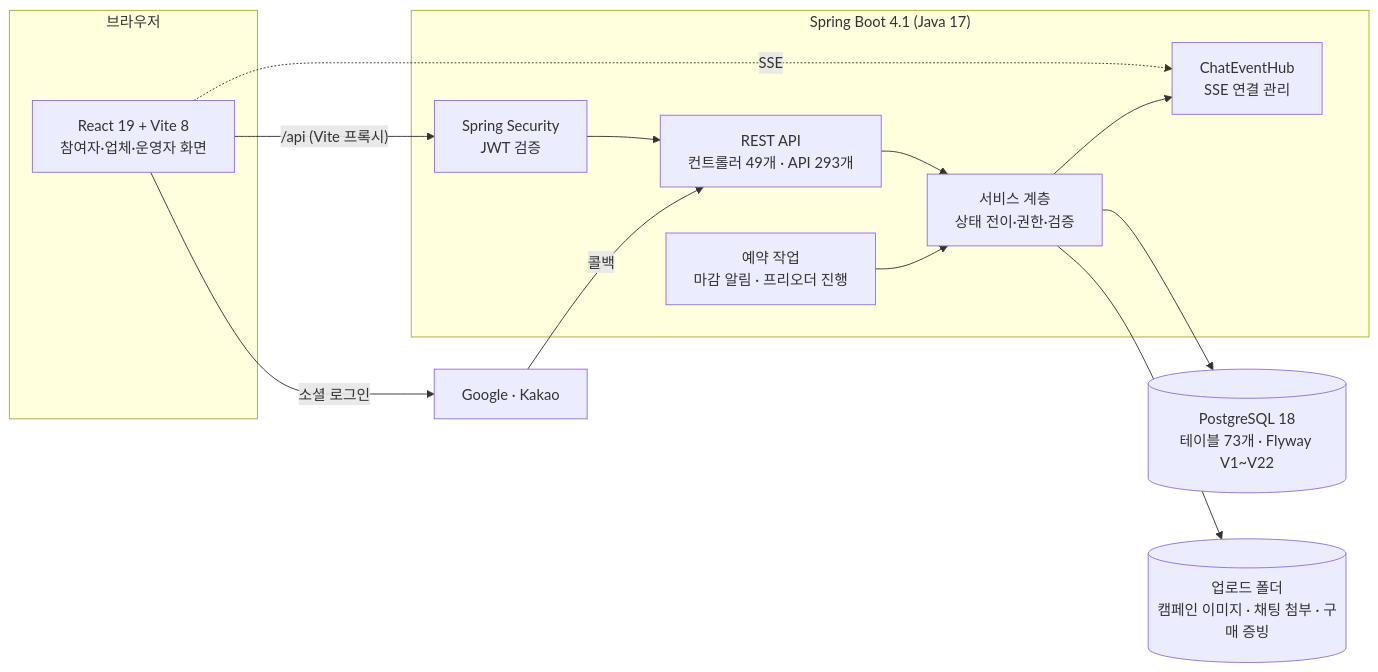
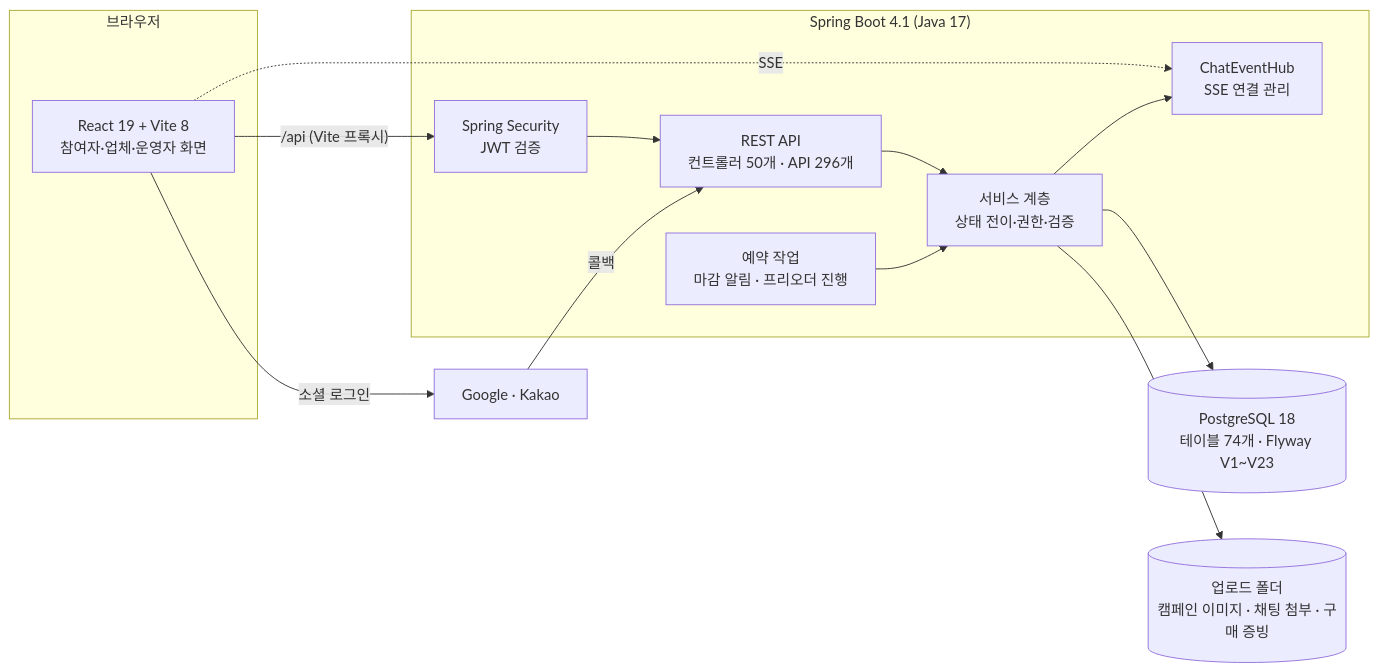
One commit to yoo-jin-k/movrit-backend changed the first of 2 diagrams in docs/portfolio/architecture.md. Above: the diagram before and after it, drawn with Mermaid. The commit also changed other lines of this file and 26 other files, not shown here.

````diff
--- a/docs/portfolio/architecture.md
+++ b/docs/portfolio/architecture.md
@@ -8,23 +8,23 @@
 ```mermaid
 flowchart LR
   subgraph Browser["브라우저"]
     FE["React 19 + Vite 8<br/>참여자·업체·운영자 화면"]
   end
   subgraph Server["Spring Boot 4.1 (Java 17)"]
     SEC["Spring Security<br/>JWT 검증"]
-    API["REST API<br/>컨트롤러 49개 · API 293개"]
+    API["REST API<br/>컨트롤러 50개 · API 296개"]
     SVC["서비스 계층<br/>상태 전이·권한·검증"]
     HUB["ChatEventHub<br/>SSE 연결 관리"]
     SCH["예약 작업<br/>마감 알림 · 프리오더 진행"]
   end
-  DB[("PostgreSQL 18<br/>테이블 73개 · Flyway V1~V22")]
+  DB[("PostgreSQL 18<br/>테이블 74개 · Flyway V1~V23")]
   FS[("업로드 폴더<br/>캠페인 이미지 · 채팅 첨부 · 구매 증빙")]
   OAUTH["Google · Kakao"]
 
   FE -- "/api (Vite 프록시)" --> SEC --> API --> SVC --> DB
   FE -. "SSE" .-> HUB
   SVC --> HUB
   SVC --> FS
   SCH --> SVC
   FE -- "소셜 로그인" --> OAUTH -- "콜백" --> API
 ```
````
